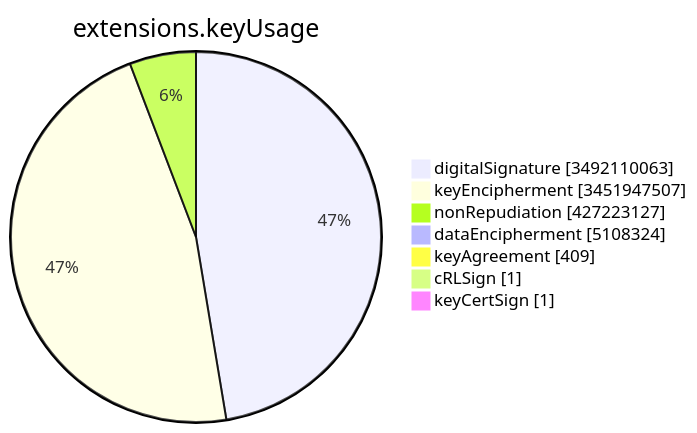
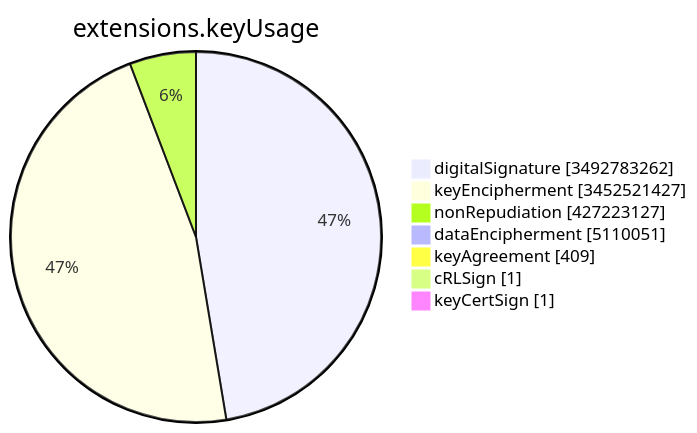
Before and after one commit to christiankrug/ctmonitor_visualization: the sixth of 15 diagrams in TOTAL/README.md, drawn with Mermaid. The commit also changed other lines of this file, not shown here.

````diff
--- a/TOTAL/README.md
+++ b/TOTAL/README.md
@@ -3083,11 +3083,11 @@
 ```mermaid
 pie showData
 title extensions.keyUsage
-"digitalSignature" :3492110063
-"keyEncipherment" :3451947507
+"digitalSignature" :3492783262
+"keyEncipherment" :3452521427
 "nonRepudiation" :427223127
-"dataEncipherment" :5108324
+"dataEncipherment" :5110051
 "keyAgreement" :409
 "cRLSign" :1
 "keyCertSign" :1
 ```
````
